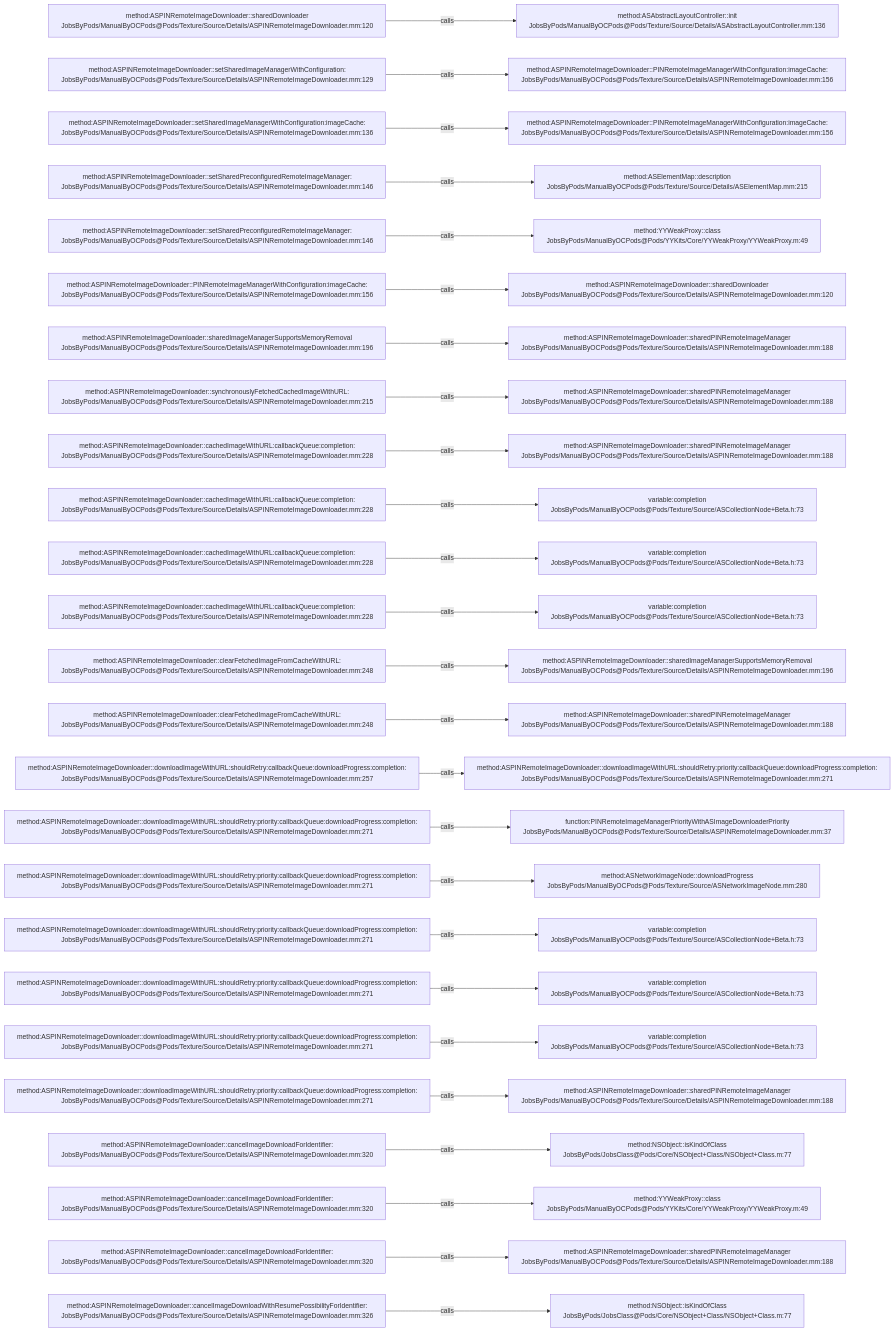
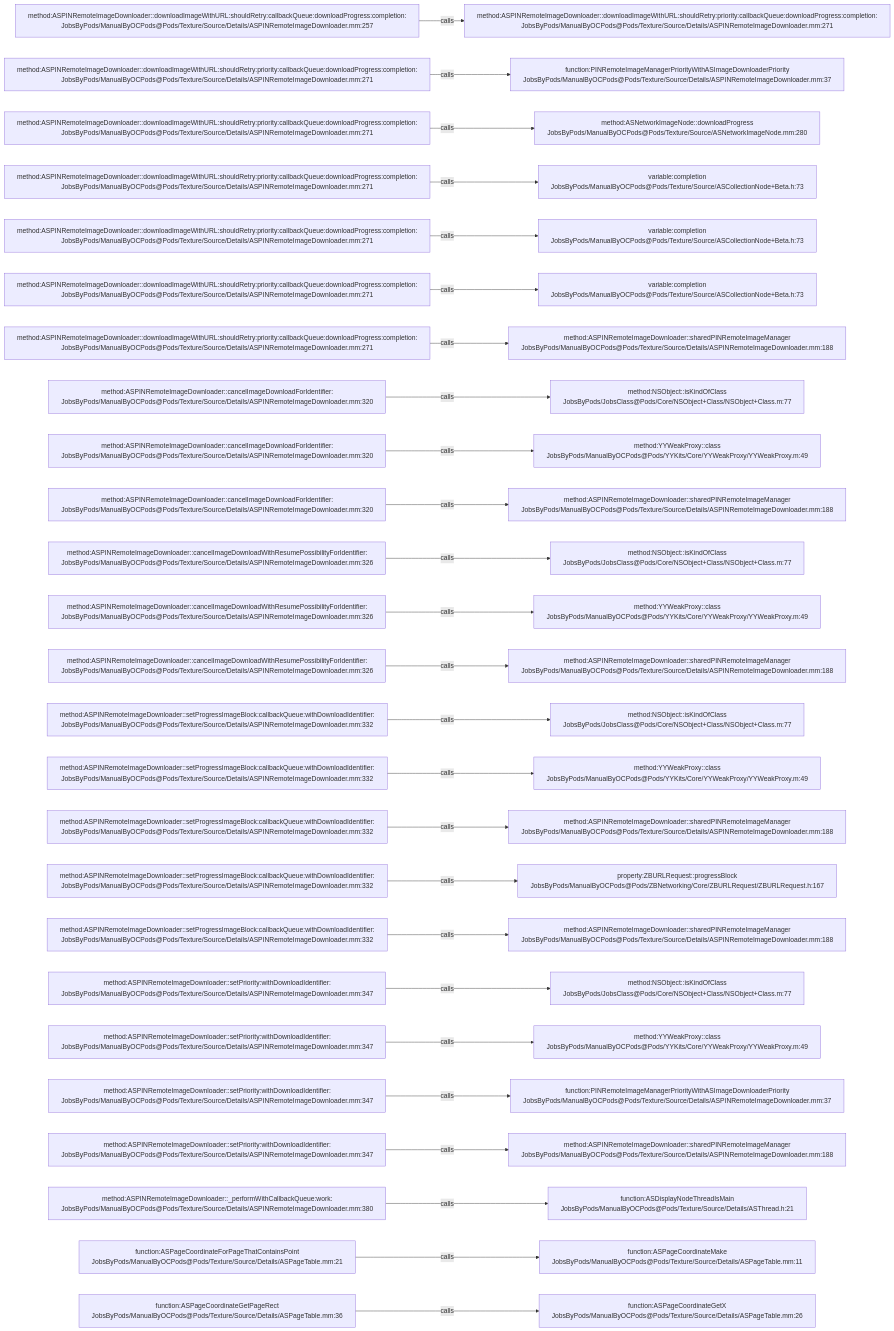
One commit to JobsKits/JobsOCBaseConfigDemo changed the diagram in .codegraph/codegraph.md/graphs/calls-163.md. Above: the diagram before and after it, drawn with Mermaid. The commit also changed 296 other files, not shown here.

````diff
--- a/.codegraph/codegraph.md/graphs/calls-163.md
+++ b/.codegraph/codegraph.md/graphs/calls-163.md
@@ -13,78 +13,78 @@
 ```mermaid
 flowchart LR
-  S1["method:ASPINRemoteImageDownloader::sharedDownloader<br/>JobsByPods/ManualByOCPods@Pods/Texture/Source/Details/ASPINRemoteImageDownloader.mm:120"]
-  T1["method:ASAbstractLayoutController::init<br/>JobsByPods/ManualByOCPods@Pods/Texture/Source/Details/ASAbstractLayoutController.mm:136"]
+  S1["method:ASPINRemoteImageDownloader::downloadImageWithURL:shouldRetry:callbackQueue:downloadProgress:completion:<br/>JobsByPods/ManualByOCPods@Pods/Texture/Source/Details/ASPINRemoteImageDownloader.mm:257"]
+  T1["method:ASPINRemoteImageDownloader::downloadImageWithURL:shouldRetry:priority:callbackQueue:downloadProgress:completion:<br/>JobsByPods/ManualByOCPods@Pods/Texture/Source/Details/ASPINRemoteImageDownloader.mm:271"]
   S1 -->|calls| T1
-  S2["method:ASPINRemoteImageDownloader::setSharedImageManagerWithConfiguration:<br/>JobsByPods/ManualByOCPods@Pods/Texture/Source/Details/ASPINRemoteImageDownloader.mm:129"]
-  T2["method:ASPINRemoteImageDownloader::PINRemoteImageManagerWithConfiguration:imageCache:<br/>JobsByPods/ManualByOCPods@Pods/Texture/Source/Details/ASPINRemoteImageDownloader.mm:156"]
+  S2["method:ASPINRemoteImageDownloader::downloadImageWithURL:shouldRetry:priority:callbackQueue:downloadProgress:completion:<br/>JobsByPods/ManualByOCPods@Pods/Texture/Source/Details/ASPINRemoteImageDownloader.mm:271"]
+  T2["function:PINRemoteImageManagerPriorityWithASImageDownloaderPriority<br/>JobsByPods/ManualByOCPods@Pods/Texture/Source/Details/ASPINRemoteImageDownloader.mm:37"]
   S2 -->|calls| T2
-  S3["method:ASPINRemoteImageDownloader::setSharedImageManagerWithConfiguration:imageCache:<br/>JobsByPods/ManualByOCPods@Pods/Texture/Source/Details/ASPINRemoteImageDownloader.mm:136"]
-  T3["method:ASPINRemoteImageDownloader::PINRemoteImageManagerWithConfiguration:imageCache:<br/>JobsByPods/ManualByOCPods@Pods/Texture/Source/Details/ASPINRemoteImageDownloader.mm:156"]
+  S3["method:ASPINRemoteImageDownloader::downloadImageWithURL:shouldRetry:priority:callbackQueue:downloadProgress:completion:<br/>JobsByPods/ManualByOCPods@Pods/Texture/Source/Details/ASPINRemoteImageDownloader.mm:271"]
+  T3["method:ASNetworkImageNode::downloadProgress<br/>JobsByPods/ManualByOCPods@Pods/Texture/Source/ASNetworkImageNode.mm:280"]
   S3 -->|calls| T3
-  S4["method:ASPINRemoteImageDownloader::setSharedPreconfiguredRemoteImageManager:<br/>JobsByPods/ManualByOCPods@Pods/Texture/Source/Details/ASPINRemoteImageDownloader.mm:146"]
-  T4["method:ASElementMap::description<br/>JobsByPods/ManualByOCPods@Pods/Texture/Source/Details/ASElementMap.mm:215"]
+  S4["method:ASPINRemoteImageDownloader::downloadImageWithURL:shouldRetry:priority:callbackQueue:downloadProgress:completion:<br/>JobsByPods/ManualByOCPods@Pods/Texture/Source/Details/ASPINRemoteImageDownloader.mm:271"]
+  T4["variable:completion<br/>JobsByPods/ManualByOCPods@Pods/Texture/Source/ASCollectionNode+Beta.h:73"]
   S4 -->|calls| T4
-  S5["method:ASPINRemoteImageDownloader::setSharedPreconfiguredRemoteImageManager:<br/>JobsByPods/ManualByOCPods@Pods/Texture/Source/Details/ASPINRemoteImageDownloader.mm:146"]
-  T5["method:YYWeakProxy::class<br/>JobsByPods/ManualByOCPods@Pods/YYKits/Core/YYWeakProxy/YYWeakProxy.m:49"]
+  S5["method:ASPINRemoteImageDownloader::downloadImageWithURL:shouldRetry:priority:callbackQueue:downloadProgress:completion:<br/>JobsByPods/ManualByOCPods@Pods/Texture/Source/Details/ASPINRemoteImageDownloader.mm:271"]
+  T5["variable:completion<br/>JobsByPods/ManualByOCPods@Pods/Texture/Source/ASCollectionNode+Beta.h:73"]
   S5 -->|calls| T5
-  S6["method:ASPINRemoteImageDownloader::PINRemoteImageManagerWithConfiguration:imageCache:<br/>JobsByPods/ManualByOCPods@Pods/Texture/Source/Details/ASPINRemoteImageDownloader.mm:156"]
-  T6["method:ASPINRemoteImageDownloader::sharedDownloader<br/>JobsByPods/ManualByOCPods@Pods/Texture/Source/Details/ASPINRemoteImageDownloader.mm:120"]
+  S6["method:ASPINRemoteImageDownloader::downloadImageWithURL:shouldRetry:priority:callbackQueue:downloadProgress:completion:<br/>JobsByPods/ManualByOCPods@Pods/Texture/Source/Details/ASPINRemoteImageDownloader.mm:271"]
+  T6["variable:completion<br/>JobsByPods/ManualByOCPods@Pods/Texture/Source/ASCollectionNode+Beta.h:73"]
   S6 -->|calls| T6
-  S7["method:ASPINRemoteImageDownloader::sharedImageManagerSupportsMemoryRemoval<br/>JobsByPods/ManualByOCPods@Pods/Texture/Source/Details/ASPINRemoteImageDownloader.mm:196"]
+  S7["method:ASPINRemoteImageDownloader::downloadImageWithURL:shouldRetry:priority:callbackQueue:downloadProgress:completion:<br/>JobsByPods/ManualByOCPods@Pods/Texture/Source/Details/ASPINRemoteImageDownloader.mm:271"]
   T7["method:ASPINRemoteImageDownloader::sharedPINRemoteImageManager<br/>JobsByPods/ManualByOCPods@Pods/Texture/Source/Details/ASPINRemoteImageDownloader.mm:188"]
   S7 -->|calls| T7
-  S8["method:ASPINRemoteImageDownloader::synchronouslyFetchedCachedImageWithURL:<br/>JobsByPods/ManualByOCPods@Pods/Texture/Source/Details/ASPINRemoteImageDownloader.mm:215"]
-  T8["method:ASPINRemoteImageDownloader::sharedPINRemoteImageManager<br/>JobsByPods/ManualByOCPods@Pods/Texture/Source/Details/ASPINRemoteImageDownloader.mm:188"]
+  S8["method:ASPINRemoteImageDownloader::cancelImageDownloadForIdentifier:<br/>JobsByPods/ManualByOCPods@Pods/Texture/Source/Details/ASPINRemoteImageDownloader.mm:320"]
+  T8["method:NSObject::isKindOfClass<br/>JobsByPods/JobsClass@Pods/Core/NSObject+Class/NSObject+Class.m:77"]
   S8 -->|calls| T8
-  S9["method:ASPINRemoteImageDownloader::cachedImageWithURL:callbackQueue:completion:<br/>JobsByPods/ManualByOCPods@Pods/Texture/Source/Details/ASPINRemoteImageDownloader.mm:228"]
-  T9["method:ASPINRemoteImageDownloader::sharedPINRemoteImageManager<br/>JobsByPods/ManualByOCPods@Pods/Texture/Source/Details/ASPINRemoteImageDownloader.mm:188"]
+  S9["method:ASPINRemoteImageDownloader::cancelImageDownloadForIdentifier:<br/>JobsByPods/ManualByOCPods@Pods/Texture/Source/Details/ASPINRemoteImageDownloader.mm:320"]
+  T9["method:YYWeakProxy::class<br/>JobsByPods/ManualByOCPods@Pods/YYKits/Core/YYWeakProxy/YYWeakProxy.m:49"]
   S9 -->|calls| T9
-  S10["method:ASPINRemoteImageDownloader::cachedImageWithURL:callbackQueue:completion:<br/>JobsByPods/ManualByOCPods@Pods/Texture/Source/Details/ASPINRemoteImageDownloader.mm:228"]
-  T10["variable:completion<br/>JobsByPods/ManualByOCPods@Pods/Texture/Source/ASCollectionNode+Beta.h:73"]
+  S10["method:ASPINRemoteImageDownloader::cancelImageDownloadForIdentifier:<br/>JobsByPods/ManualByOCPods@Pods/Texture/Source/Details/ASPINRemoteImageDownloader.mm:320"]
+  T10["method:ASPINRemoteImageDownloader::sharedPINRemoteImageManager<br/>JobsByPods/ManualByOCPods@Pods/Texture/Source/Details/ASPINRemoteImageDownloader.mm:188"]
   S10 -->|calls| T10
-  S11["method:ASPINRemoteImageDownloader::cachedImageWithURL:callbackQueue:completion:<br/>JobsByPods/ManualByOCPods@Pods/Texture/Source/Details/ASPINRemoteImageDownloader.mm:228"]
-  T11["variable:completion<br/>JobsByPods/ManualByOCPods@Pods/Texture/Source/ASCollectionNode+Beta.h:73"]
+  S11["method:ASPINRemoteImageDownloader::cancelImageDownloadWithResumePossibilityForIdentifier:<br/>JobsByPods/ManualByOCPods@Pods/Texture/Source/Details/ASPINRemoteImageDownloader.mm:326"]
+  T11["method:NSObject::isKindOfClass<br/>JobsByPods/JobsClass@Pods/Core/NSObject+Class/NSObject+Class.m:77"]
   S11 -->|calls| T11
-  S12["method:ASPINRemoteImageDownloader::cachedImageWithURL:callbackQueue:completion:<br/>JobsByPods/ManualByOCPods@Pods/Texture/Source/Details/ASPINRemoteImageDownloader.mm:228"]
-  T12["variable:completion<br/>JobsByPods/ManualByOCPods@Pods/Texture/Source/ASCollectionNode+Beta.h:73"]
+  S12["method:ASPINRemoteImageDownloader::cancelImageDownloadWithResumePossibilityForIdentifier:<br/>JobsByPods/ManualByOCPods@Pods/Texture/Source/Details/ASPINRemoteImageDownloader.mm:326"]
+  T12["method:YYWeakProxy::class<br/>JobsByPods/ManualByOCPods@Pods/YYKits/Core/YYWeakProxy/YYWeakProxy.m:49"]
   S12 -->|calls| T12
-  S13["method:ASPINRemoteImageDownloader::clearFetchedImageFromCacheWithURL:<br/>JobsByPods/ManualByOCPods@Pods/Texture/Source/Details/ASPINRemoteImageDownloader.mm:248"]
-  T13["method:ASPINRemoteImageDownloader::sharedImageManagerSupportsMemoryRemoval<br/>JobsByPods/ManualByOCPods@Pods/Texture/Source/Details/ASPINRemoteImageDownloader.mm:196"]
+  S13["method:ASPINRemoteImageDownloader::cancelImageDownloadWithResumePossibilityForIdentifier:<br/>JobsByPods/ManualByOCPods@Pods/Texture/Source/Details/ASPINRemoteImageDownloader.mm:326"]
+  T13["method:ASPINRemoteImageDownloader::sharedPINRemoteImageManager<br/>JobsByPods/ManualByOCPods@Pods/Texture/Source/Details/ASPINRemoteImageDownloader.mm:188"]
   S13 -->|calls| T13
-  S14["method:ASPINRemoteImageDownloader::clearFetchedImageFromCacheWithURL:<br/>JobsByPods/ManualByOCPods@Pods/Texture/Source/Details/ASPINRemoteImageDownloader.mm:248"]
-  T14["method:ASPINRemoteImageDownloader::sharedPINRemoteImageManager<br/>JobsByPods/ManualByOCPods@Pods/Texture/Source/Details/ASPINRemoteImageDownloader.mm:188"]
+  S14["method:ASPINRemoteImageDownloader::setProgressImageBlock:callbackQueue:withDownloadIdentifier:<br/>JobsByPods/ManualByOCPods@Pods/Texture/Source/Details/ASPINRemoteImageDownloader.mm:332"]
+  T14["method:NSObject::isKindOfClass<br/>JobsByPods/JobsClass@Pods/Core/NSObject+Class/NSObject+Class.m:77"]
   S14 -->|calls| T14
-  S15["method:ASPINRemoteImageDownloader::downloadImageWithURL:shouldRetry:callbackQueue:downloadProgress:completion:<br/>JobsByPods/ManualByOCPods@Pods/Texture/Source/Details/ASPINRemoteImageDownloader.mm:257"]
-  T15["method:ASPINRemoteImageDownloader::downloadImageWithURL:shouldRetry:priority:callbackQueue:downloadProgress:completion:<br/>JobsByPods/ManualByOCPods@Pods/Texture/Source/Details/ASPINRemoteImageDownloader.mm:271"]
+  S15["method:ASPINRemoteImageDownloader::setProgressImageBlock:callbackQueue:withDownloadIdentifier:<br/>JobsByPods/ManualByOCPods@Pods/Texture/Source/Details/ASPINRemoteImageDownloader.mm:332"]
+  T15["method:YYWeakProxy::class<br/>JobsByPods/ManualByOCPods@Pods/YYKits/Core/YYWeakProxy/YYWeakProxy.m:49"]
   S15 -->|calls| T15
-  S16["method:ASPINRemoteImageDownloader::downloadImageWithURL:shouldRetry:priority:callbackQueue:downloadProgress:completion:<br/>JobsByPods/ManualByOCPods@Pods/Texture/Source/Details/ASPINRemoteImageDownloader.mm:271"]
-  T16["function:PINRemoteImageManagerPriorityWithASImageDownloaderPriority<br/>JobsByPods/ManualByOCPods@Pods/Texture/Source/Details/ASPINRemoteImageDownloader.mm:37"]
+  S16["method:ASPINRemoteImageDownloader::setProgressImageBlock:callbackQueue:withDownloadIdentifier:<br/>JobsByPods/ManualByOCPods@Pods/Texture/Source/Details/ASPINRemoteImageDownloader.mm:332"]
+  T16["method:ASPINRemoteImageDownloader::sharedPINRemoteImageManager<br/>JobsByPods/ManualByOCPods@Pods/Texture/Source/Details/ASPINRemoteImageDownloader.mm:188"]
   S16 -->|calls| T16
-  S17["method:ASPINRemoteImageDownloader::downloadImageWithURL:shouldRetry:priority:callbackQueue:downloadProgress:completion:<br/>JobsByPods/ManualByOCPods@Pods/Texture/Source/Details/ASPINRemoteImageDownloader.mm:271"]
-  T17["method:ASNetworkImageNode::downloadProgress<br/>JobsByPods/ManualByOCPods@Pods/Texture/Source/ASNetworkImageNode.mm:280"]
+  S17["method:ASPINRemoteImageDownloader::setProgressImageBlock:callbackQueue:withDownloadIdentifier:<br/>JobsByPods/ManualByOCPods@Pods/Texture/Source/Details/ASPINRemoteImageDownloader.mm:332"]
+  T17["property:ZBURLRequest::progressBlock<br/>JobsByPods/ManualByOCPods@Pods/ZBNetworking/Core/ZBURLRequest/ZBURLRequest.h:167"]
   S17 -->|calls| T17
-  S18["method:ASPINRemoteImageDownloader::downloadImageWithURL:shouldRetry:priority:callbackQueue:downloadProgress:completion:<br/>JobsByPods/ManualByOCPods@Pods/Texture/Source/Details/ASPINRemoteImageDownloader.mm:271"]
-  T18["variable:completion<br/>JobsByPods/ManualByOCPods@Pods/Texture/Source/ASCollectionNode+Beta.h:73"]
+  S18["method:ASPINRemoteImageDownloader::setProgressImageBlock:callbackQueue:withDownloadIdentifier:<br/>JobsByPods/ManualByOCPods@Pods/Texture/Source/Details/ASPINRemoteImageDownloader.mm:332"]
+  T18["method:ASPINRemoteImageDownloader::sharedPINRemoteImageManager<br/>JobsByPods/ManualByOCPods@Pods/Texture/Source/Details/ASPINRemoteImageDownloader.mm:188"]
   S18 -->|calls| T18
-  S19["method:ASPINRemoteImageDownloader::downloadImageWithURL:shouldRetry:priority:callbackQueue:downloadProgress:completion:<br/>JobsByPods/ManualByOCPods@Pods/Texture/Source/Details/ASPINRemoteImageDownloader.mm:271"]
-  T19["variable:completion<br/>JobsByPods/ManualByOCPods@Pods/Texture/Source/ASCollectionNode+Beta.h:73"]
+  S19["method:ASPINRemoteImageDownloader::setPriority:withDownloadIdentifier:<br/>JobsByPods/ManualByOCPods@Pods/Texture/Source/Details/ASPINRemoteImageDownloader.mm:347"]
+  T19["method:NSObject::isKindOfClass<br/>JobsByPods/JobsClass@Pods/Core/NSObject+Class/NSObject+Class.m:77"]
   S19 -->|calls| T19
-  S20["method:ASPINRemoteImageDownloader::downloadImageWithURL:shouldRetry:priority:callbackQueue:downloadProgress:completion:<br/>JobsByPods/ManualByOCPods@Pods/Texture/Source/Details/ASPINRemoteImageDownloader.mm:271"]
-  T20["variable:completion<br/>JobsByPods/ManualByOCPods@Pods/Texture/Source/ASCollectionNode+Beta.h:73"]
+  S20["method:ASPINRemoteImageDownloader::setPriority:withDownloadIdentifier:<br/>JobsByPods/ManualByOCPods@Pods/Texture/Source/Details/ASPINRemoteImageDownloader.mm:347"]
+  T20["method:YYWeakProxy::class<br/>JobsByPods/ManualByOCPods@Pods/YYKits/Core/YYWeakProxy/YYWeakProxy.m:49"]
   S20 -->|calls| T20
-  S21["method:ASPINRemoteImageDownloader::downloadImageWithURL:shouldRetry:priority:callbackQueue:downloadProgress:completion:<br/>JobsByPods/ManualByOCPods@Pods/Texture/Source/Details/ASPINRemoteImageDownloader.mm:271"]
-  T21["method:ASPINRemoteImageDownloader::sharedPINRemoteImageManager<br/>JobsByPods/ManualByOCPods@Pods/Texture/Source/Details/ASPINRemoteImageDownloader.mm:188"]
+  S21["method:ASPINRemoteImageDownloader::setPriority:withDownloadIdentifier:<br/>JobsByPods/ManualByOCPods@Pods/Texture/Source/Details/ASPINRemoteImageDownloader.mm:347"]
+  T21["function:PINRemoteImageManagerPriorityWithASImageDownloaderPriority<br/>JobsByPods/ManualByOCPods@Pods/Texture/Source/Details/ASPINRemoteImageDownloader.mm:37"]
   S21 -->|calls| T21
-  S22["method:ASPINRemoteImageDownloader::cancelImageDownloadForIdentifier:<br/>JobsByPods/ManualByOCPods@Pods/Texture/Source/Details/ASPINRemoteImageDownloader.mm:320"]
-  T22["method:NSObject::isKindOfClass<br/>JobsByPods/JobsClass@Pods/Core/NSObject+Class/NSObject+Class.m:77"]
+  S22["method:ASPINRemoteImageDownloader::setPriority:withDownloadIdentifier:<br/>JobsByPods/ManualByOCPods@Pods/Texture/Source/Details/ASPINRemoteImageDownloader.mm:347"]
+  T22["method:ASPINRemoteImageDownloader::sharedPINRemoteImageManager<br/>JobsByPods/ManualByOCPods@Pods/Texture/Source/Details/ASPINRemoteImageDownloader.mm:188"]
   S22 -->|calls| T22
-  S23["method:ASPINRemoteImageDownloader::cancelImageDownloadForIdentifier:<br/>JobsByPods/ManualByOCPods@Pods/Texture/Source/Details/ASPINRemoteImageDownloader.mm:320"]
-  T23["method:YYWeakProxy::class<br/>JobsByPods/ManualByOCPods@Pods/YYKits/Core/YYWeakProxy/YYWeakProxy.m:49"]
+  S23["method:ASPINRemoteImageDownloader::_performWithCallbackQueue:work:<br/>JobsByPods/ManualByOCPods@Pods/Texture/Source/Details/ASPINRemoteImageDownloader.mm:380"]
+  T23["function:ASDisplayNodeThreadIsMain<br/>JobsByPods/ManualByOCPods@Pods/Texture/Source/Details/ASThread.h:21"]
   S23 -->|calls| T23
-  S24["method:ASPINRemoteImageDownloader::cancelImageDownloadForIdentifier:<br/>JobsByPods/ManualByOCPods@Pods/Texture/Source/Details/ASPINRemoteImageDownloader.mm:320"]
-  T24["method:ASPINRemoteImageDownloader::sharedPINRemoteImageManager<br/>JobsByPods/ManualByOCPods@Pods/Texture/Source/Details/ASPINRemoteImageDownloader.mm:188"]
+  S24["function:ASPageCoordinateForPageThatContainsPoint<br/>JobsByPods/ManualByOCPods@Pods/Texture/Source/Details/ASPageTable.mm:21"]
+  T24["function:ASPageCoordinateMake<br/>JobsByPods/ManualByOCPods@Pods/Texture/Source/Details/ASPageTable.mm:11"]
   S24 -->|calls| T24
-  S25["method:ASPINRemoteImageDownloader::cancelImageDownloadWithResumePossibilityForIdentifier:<br/>JobsByPods/ManualByOCPods@Pods/Texture/Source/Details/ASPINRemoteImageDownloader.mm:326"]
-  T25["method:NSObject::isKindOfClass<br/>JobsByPods/JobsClass@Pods/Core/NSObject+Class/NSObject+Class.m:77"]
+  S25["function:ASPageCoordinateGetPageRect<br/>JobsByPods/ManualByOCPods@Pods/Texture/Source/Details/ASPageTable.mm:36"]
+  T25["function:ASPageCoordinateGetX<br/>JobsByPods/ManualByOCPods@Pods/Texture/Source/Details/ASPageTable.mm:26"]
   S25 -->|calls| T25
 ```
````
